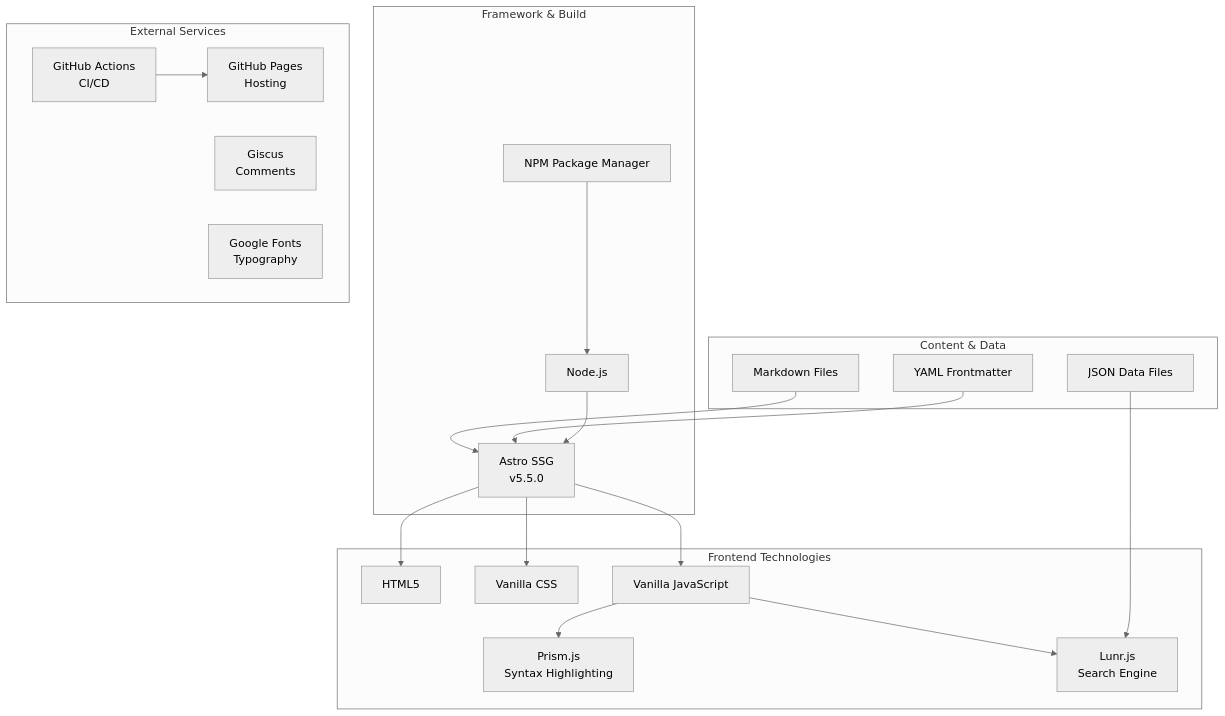
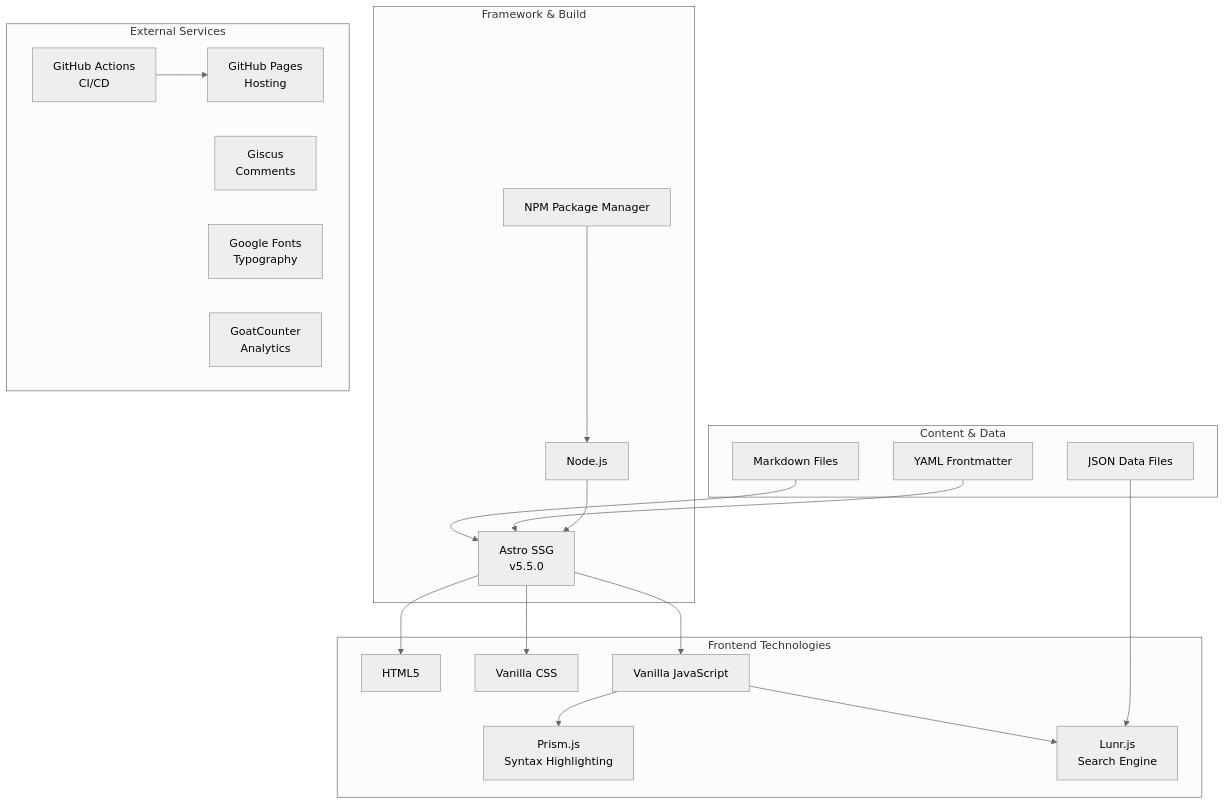
Before and after one commit to ikristina/ikristina.github.io: the seventh of 12 diagrams in docs/architecture-diagrams.md, drawn with Mermaid (neutral theme). The commit also changed other lines of this file and 1 other file, not shown here.

Commit message:
docs: update documentation to include GoatCounter analytics

````diff
--- a/docs/architecture-diagrams.md
+++ b/docs/architecture-diagrams.md
@@ -218,44 +222,45 @@
 ```mermaid
 graph TB
     subgraph "Frontend Technologies"
         HTML5[HTML5]
         CSS3[Vanilla CSS]
         VanillaJS[Vanilla JavaScript]
         Prism[Prism.js<br/>Syntax Highlighting]
         Lunr[Lunr.js<br/>Search Engine]
     end
     
     subgraph "Framework & Build"
         Astro[Astro SSG<br/>v5.5.0]
         Node[Node.js]
         NPM[NPM Package Manager]
     end
     
     subgraph "Content & Data"
         Markdown[Markdown Files]
         YAML[YAML Frontmatter]
         JSON[JSON Data Files]
     end
     
     subgraph "External Services"
         GitHubPages[GitHub Pages<br/>Hosting]
         GitHubActions[GitHub Actions<br/>CI/CD]
         Giscus[Giscus<br/>Comments]
         GoogleFonts[Google Fonts<br/>Typography]
+        GoatCounter[GoatCounter<br/>Analytics]
     end
     
     Astro --> HTML5
     Astro --> CSS3
     Astro --> VanillaJS
     VanillaJS --> Prism
     VanillaJS --> Lunr
     
     Markdown --> Astro
     YAML --> Astro
     JSON --> Lunr
     
     Node --> Astro
     NPM --> Node
     
     GitHubActions --> GitHubPages
 ```
````
